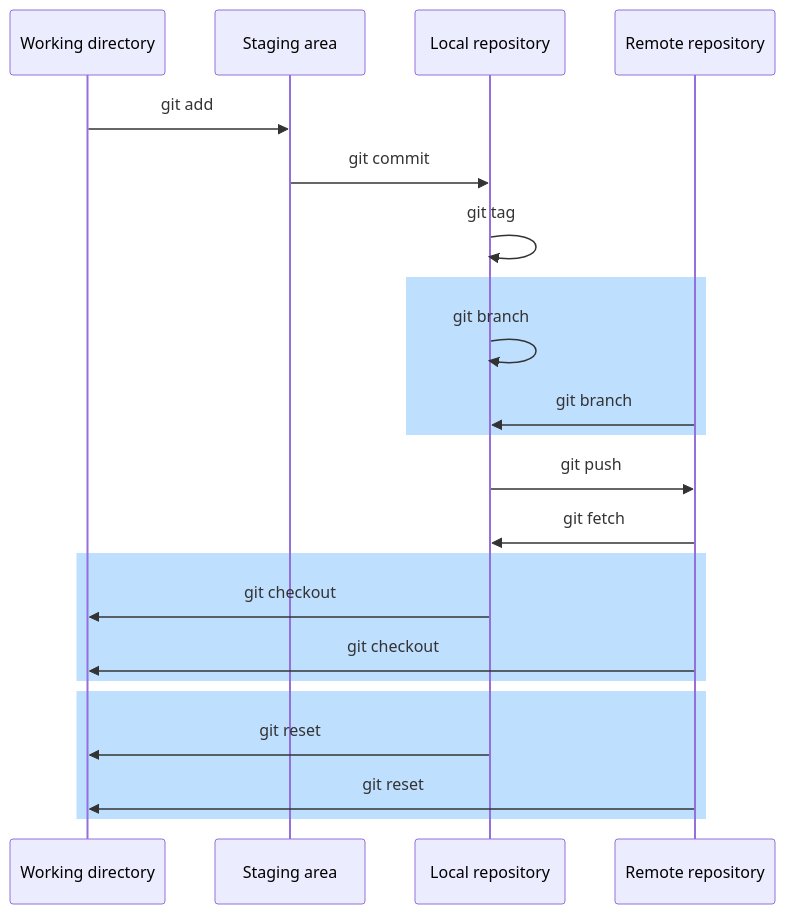
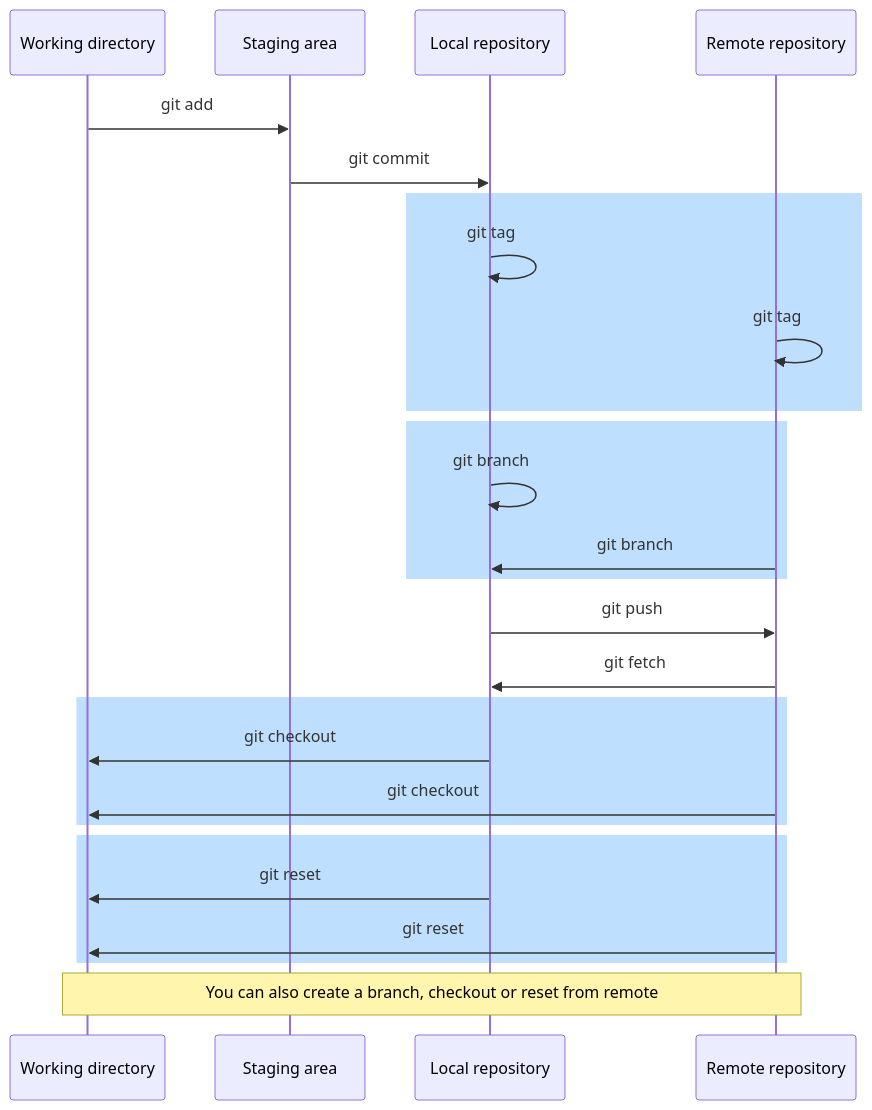
The first of 11 diagrams in README.md (hablatraining/git-learning), drawn with Mermaid before and after one commit. The commit also changed other lines of this file, not shown here.

````diff
--- a/README.md
+++ b/README.md
@@ -30,25 +30,28 @@
 ```mermaid
 sequenceDiagram
     participant w as Working directory
     participant s as Staging area
     participant l as Local repository
     participant r as Remote repository
     w->>s: git add
     s->>l: git commit
+    rect rgb(191, 223, 255)
     l->>l: git tag
+    r->>r: git tag
+    end
     rect rgb(191, 223, 255)
     l->>l: git branch
     r->>l: git branch
     end
     l->>r: git push
     r->>l: git fetch
     rect rgb(191, 223, 255)
     l->>w: git checkout
     r->>w: git checkout
     end
     rect rgb(191, 223, 255)
     l->>w: git reset
     r->>w: git reset
     end
-    # Note over w, r: You can also create a branch, checkout or reset from remote
+    Note over w, r: You can also create a branch, checkout or reset from remote
 ```
````
